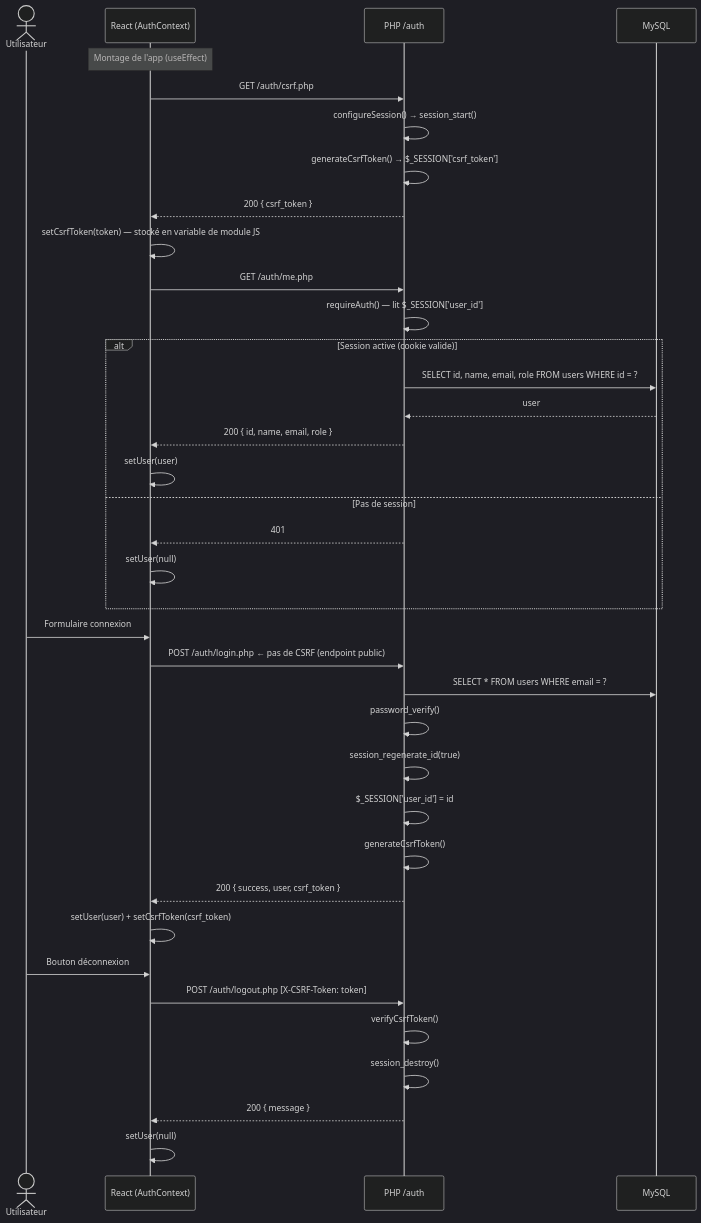
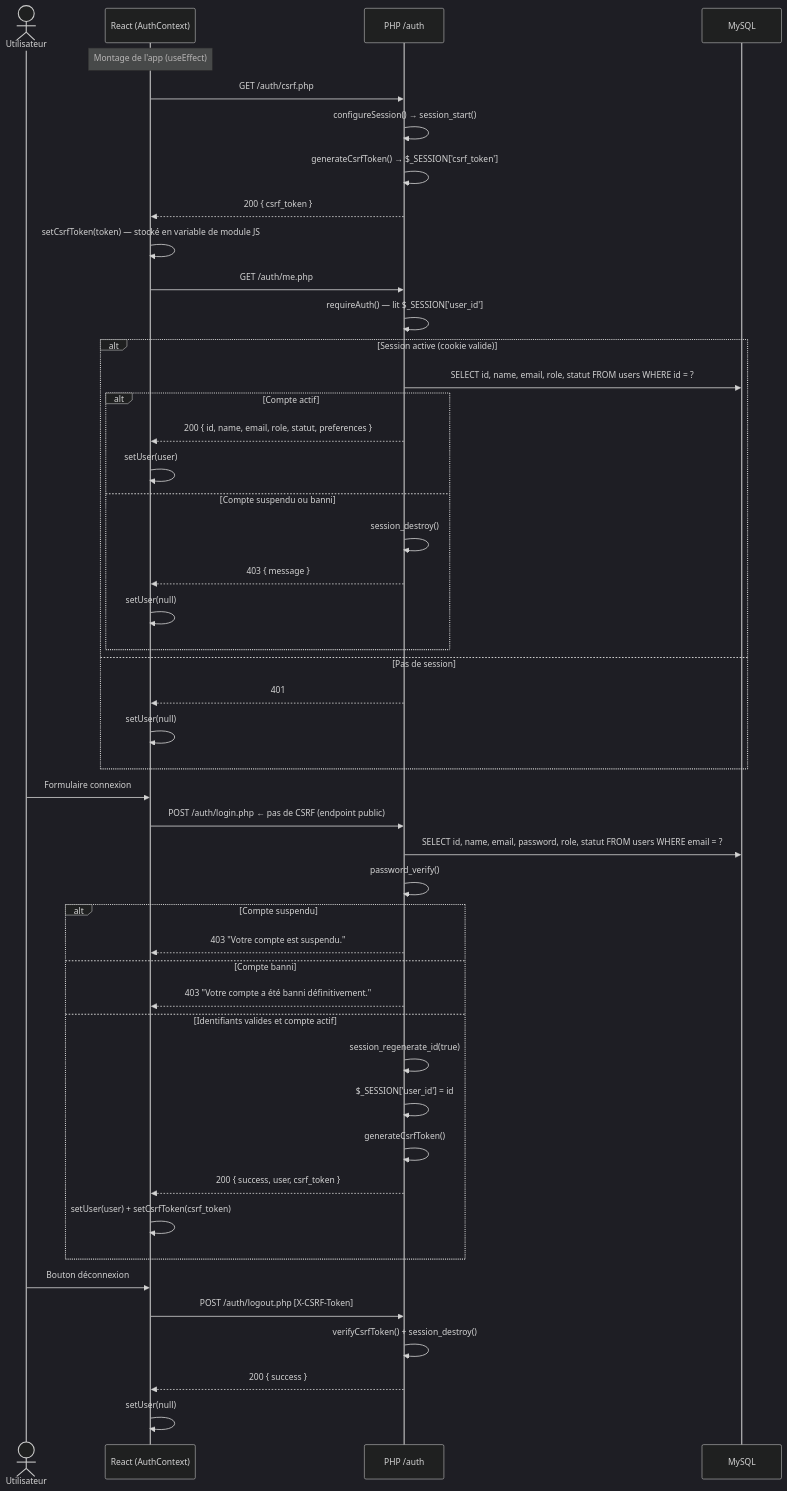
One commit to zendarc147/Mercato-Nova changed the third of 13 diagrams in docs/architecture.md. Above: the diagram before and after it, drawn with Mermaid (dark theme). The commit also changed other lines of this file and 33 other files, not shown here.

````diff
--- a/docs/architecture.md
+++ b/docs/architecture.md
@@ -106,44 +129,54 @@
 ```mermaid
 sequenceDiagram
     actor U as Utilisateur
     participant F as React (AuthContext)
     participant A as PHP /auth
     participant DB as MySQL
 
     Note over F: Montage de l'app (useEffect)
 
     F->>A: GET /auth/csrf.php
     A->>A: configureSession() → session_start()
     A->>A: generateCsrfToken() → $_SESSION['csrf_token']
     A-->>F: 200 { csrf_token }
     F->>F: setCsrfToken(token) — stocké en variable de module JS
 
     F->>A: GET /auth/me.php
     A->>A: requireAuth() — lit $_SESSION['user_id']
     alt Session active (cookie valide)
-        A->>DB: SELECT id, name, email, role FROM users WHERE id = ?
-        DB-->>A: user
-        A-->>F: 200 { id, name, email, role }
-        F->>F: setUser(user)
+        A->>DB: SELECT id, name, email, role, statut FROM users WHERE id = ?
+        alt Compte actif
+            A-->>F: 200 { id, name, email, role, statut, preferences }
+            F->>F: setUser(user)
+        else Compte suspendu ou banni
+            A->>A: session_destroy()
+            A-->>F: 403 { message }
+            F->>F: setUser(null)
+        end
     else Pas de session
         A-->>F: 401
         F->>F: setUser(null)
     end
 
     U->>F: Formulaire connexion
     F->>A: POST /auth/login.php  ← pas de CSRF (endpoint public)
-    A->>DB: SELECT * FROM users WHERE email = ?
+    A->>DB: SELECT id, name, email, password, role, statut FROM users WHERE email = ?
     A->>A: password_verify()
-    A->>A: session_regenerate_id(true)
-    A->>A: $_SESSION['user_id'] = id
-    A->>A: generateCsrfToken()
-    A-->>F: 200 { success, user, csrf_token }
-    F->>F: setUser(user) + setCsrfToken(csrf_token)
+    alt Compte suspendu
+        A-->>F: 403 "Votre compte est suspendu."
+    else Compte banni
+        A-->>F: 403 "Votre compte a été banni définitivement."
+    else Identifiants valides et compte actif
+        A->>A: session_regenerate_id(true)
+        A->>A: $_SESSION['user_id'] = id
+        A->>A: generateCsrfToken()
+        A-->>F: 200 { success, user, csrf_token }
+        F->>F: setUser(user) + setCsrfToken(csrf_token)
+    end
 
     U->>F: Bouton déconnexion
-    F->>A: POST /auth/logout.php  [X-CSRF-Token: token]
-    A->>A: verifyCsrfToken()
-    A->>A: session_destroy()
-    A-->>F: 200 { message }
+    F->>A: POST /auth/logout.php  [X-CSRF-Token]
+    A->>A: verifyCsrfToken() + session_destroy()
+    A-->>F: 200 { success }
     F->>F: setUser(null)
 ```
````
